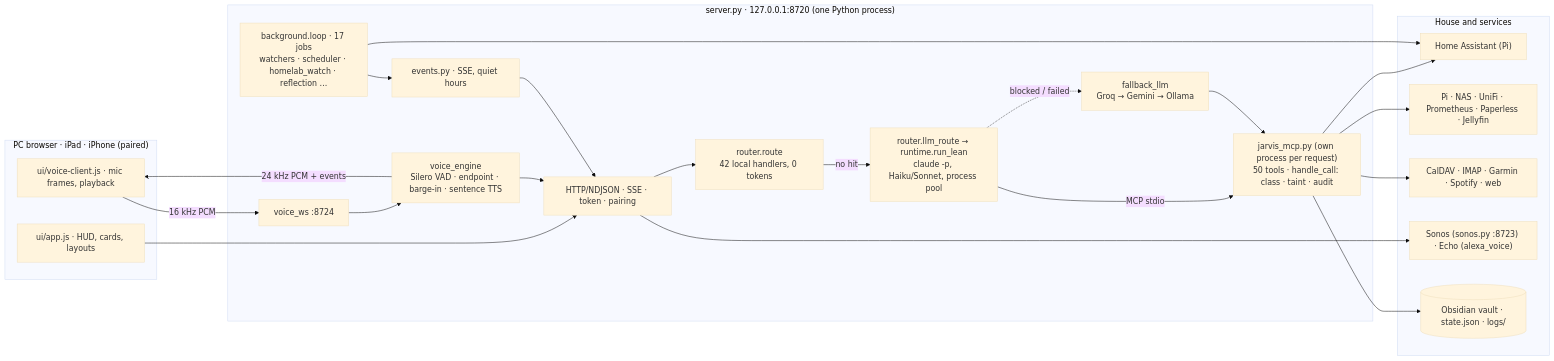
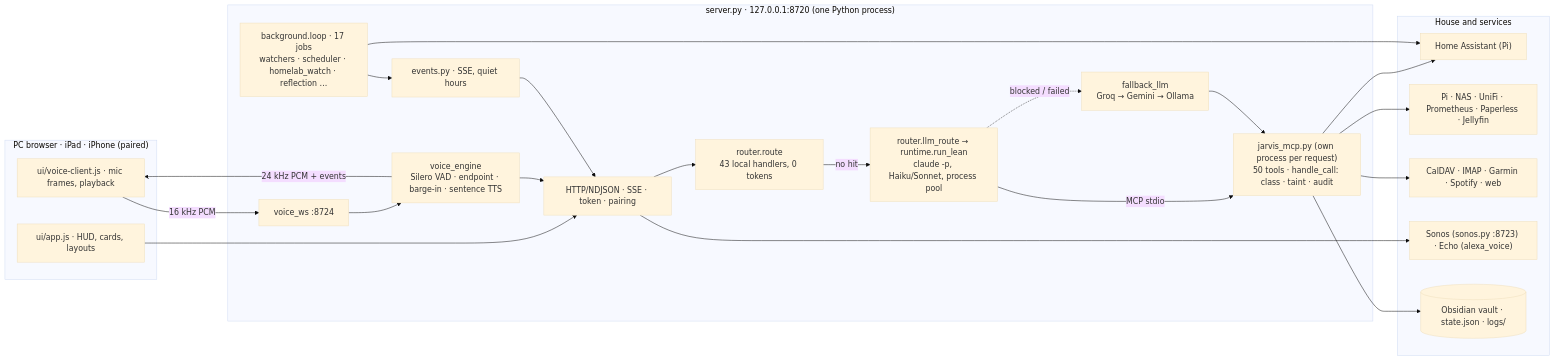
Before and after one commit to Zedas030/jarvis-hud-de: the diagram in ARCHITECTURE.md, drawn with Mermaid (base theme). The commit also changed other lines of this file and 94 other files, not shown here.

````diff
--- a/ARCHITECTURE.md
+++ b/ARCHITECTURE.md
@@ -16,37 +16,37 @@
 ```mermaid
 flowchart LR
     subgraph Devices["PC browser · iPad · iPhone (paired)"]
         HUD["ui/app.js · HUD, cards, layouts"]
         VC["ui/voice-client.js · mic frames, playback"]
     end
     subgraph Srv["server.py · 127.0.0.1:8720 (one Python process)"]
         API["HTTP/NDJSON · SSE · token · pairing"]
         WS["voice_ws :8724"]
         VE["voice_engine<br/>Silero VAD · endpoint · barge-in · sentence TTS"]
-        RT["router.route<br/>42 local handlers, 0 tokens"]
+        RT["router.route<br/>43 local handlers, 0 tokens"]
         LLM["router.llm_route → runtime.run_lean<br/>claude -p, Haiku/Sonnet, process pool"]
         FB["fallback_llm<br/>Groq → Gemini → Ollama"]
         EV["events.py · SSE, quiet hours"]
         BG["background.loop · 17 jobs<br/>watchers · scheduler · homelab_watch · reflection …"]
         MCP["jarvis_mcp.py (own process per request)<br/>50 tools · handle_call: class · taint · audit"]
     end
     subgraph Outside["House and services"]
         HA["Home Assistant (Pi)"]
         PI["Pi · NAS · UniFi · Prometheus · Paperless · Jellyfin"]
         PIM["CalDAV · IMAP · Garmin · Spotify · web"]
         SPK["Sonos (sonos.py :8723) · Echo (alexa_voice)"]
         VAULT[("Obsidian vault · state.json · logs/")]
     end
     HUD --> API
     VC -- "16 kHz PCM" --> WS --> VE --> API
     API --> RT
     RT -- "no hit" --> LLM
     LLM -. "blocked / failed" .-> FB
     LLM -- "MCP stdio" --> MCP
     FB --> MCP
     MCP --> HA & PI & PIM & VAULT
     BG --> EV --> API
     BG --> HA
     API --> SPK
     VE -- "24 kHz PCM + events" --> VC
 ```
````
